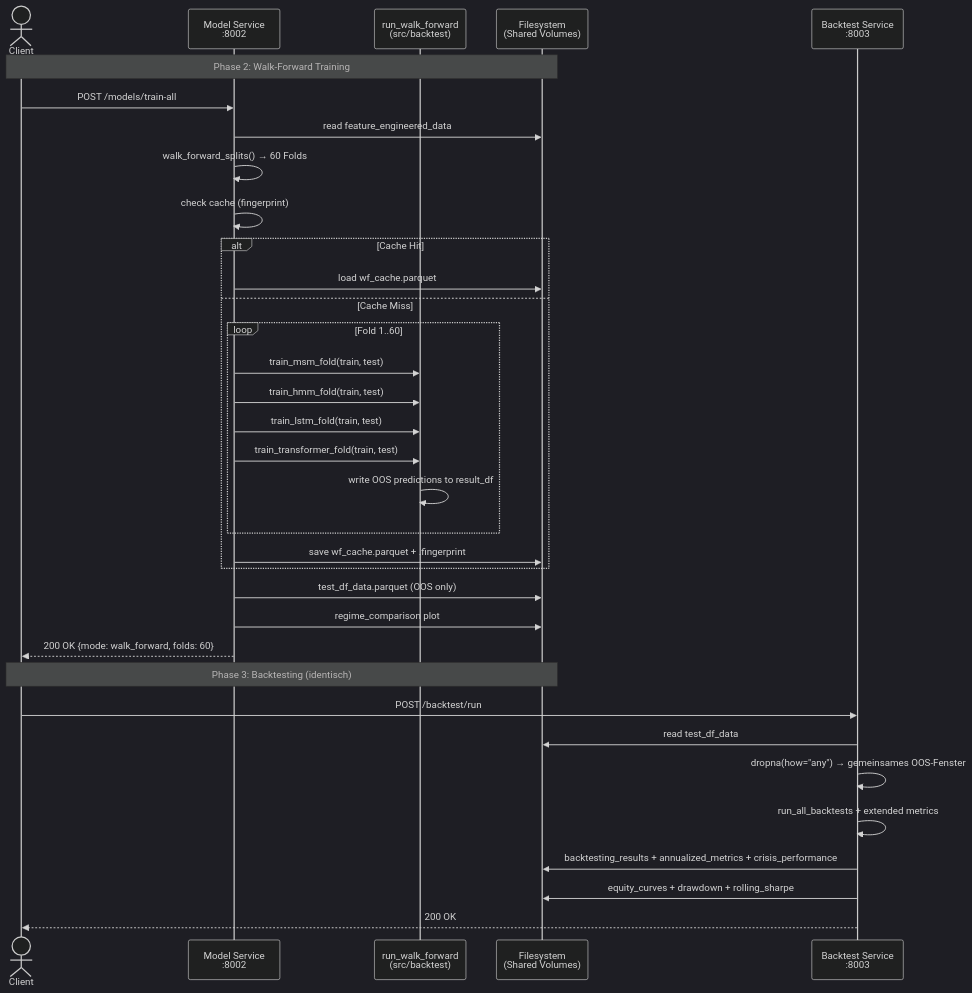
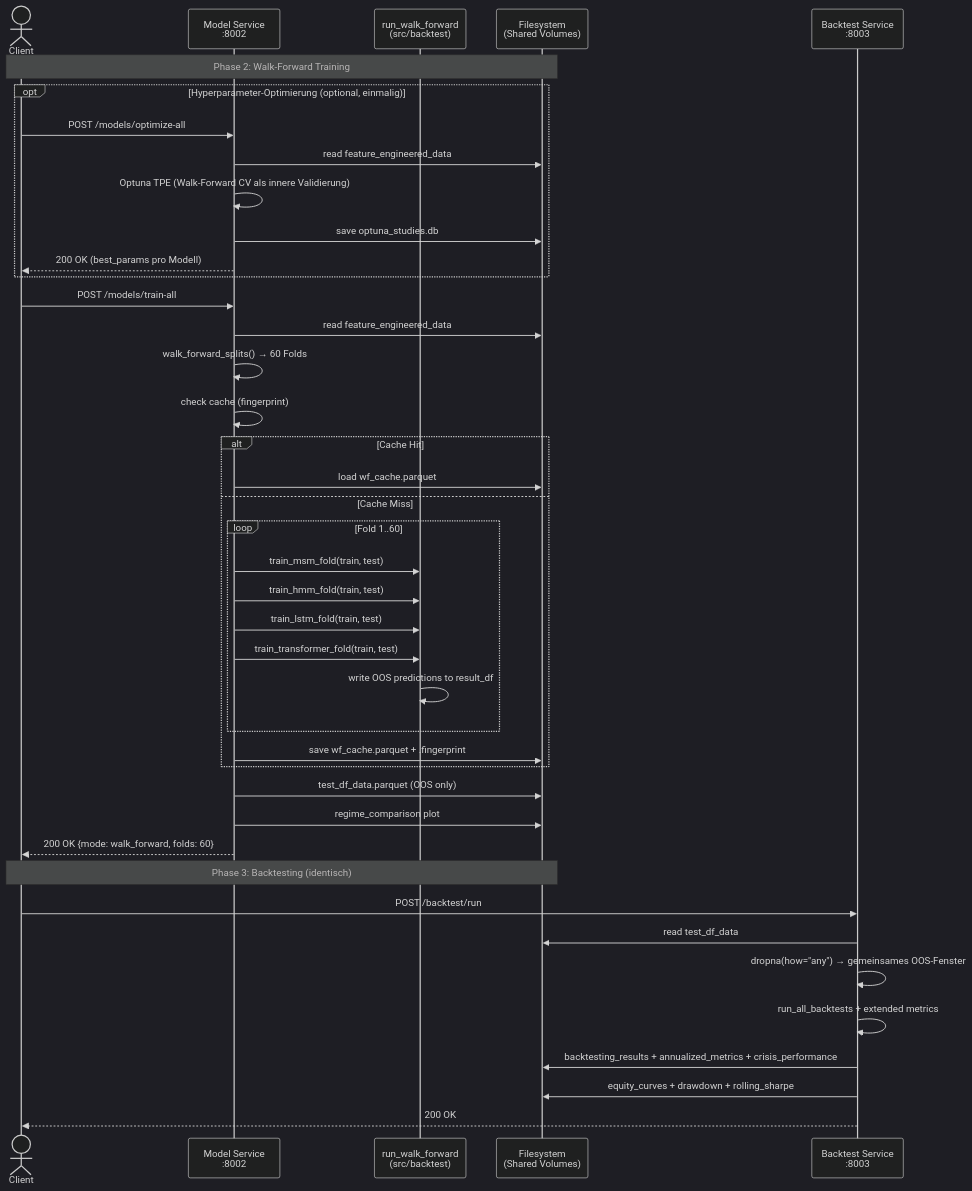
The second of 2 diagrams in docs/sequence-diagram.md (Torim98/regime-switching-daa-paper), drawn with Mermaid (dark theme) before and after one commit. The commit also changed 27 other files, not shown here.

````diff
--- a/docs/sequence-diagram.md
+++ b/docs/sequence-diagram.md
@@ -75,38 +75,45 @@
 ```mermaid
 sequenceDiagram
     actor Client
     participant MS as Model Service<br/>:8002
     participant WF as run_walk_forward<br/>(src/backtest)
     participant FS as Filesystem<br/>(Shared Volumes)
     participant BS as Backtest Service<br/>:8003
 
     Note over Client,FS: Phase 2: Walk-Forward Training
+	opt Hyperparameter-Optimierung (optional, einmalig)
+        Client->>MS: POST /models/optimize-all
+        MS->>FS: read feature_engineered_data
+        MS->>MS: Optuna TPE (Walk-Forward CV als innere Validierung)
+        MS->>FS: save optuna_studies.db
+        MS-->>Client: 200 OK (best_params pro Modell)
+    end
     Client->>MS: POST /models/train-all
     MS->>FS: read feature_engineered_data
     MS->>MS: walk_forward_splits() → 60 Folds
     MS->>MS: check cache (fingerprint)
     alt Cache Hit
         MS->>FS: load wf_cache.parquet
     else Cache Miss
         loop Fold 1..60
             MS->>WF: train_msm_fold(train, test)
             MS->>WF: train_hmm_fold(train, test)
             MS->>WF: train_lstm_fold(train, test)
             MS->>WF: train_transformer_fold(train, test)
             WF->>WF: write OOS predictions to result_df
         end
         MS->>FS: save wf_cache.parquet + .fingerprint
     end
     MS->>FS: test_df_data.parquet (OOS only)
     MS->>FS: regime_comparison plot
     MS-->>Client: 200 OK {mode: walk_forward, folds: 60}
 
     Note over Client,FS: Phase 3: Backtesting (identisch)
     Client->>BS: POST /backtest/run
     BS->>FS: read test_df_data
     BS->>BS: dropna(how="any") → gemeinsames OOS-Fenster
     BS->>BS: run_all_backtests + extended metrics
     BS->>FS: backtesting_results + annualized_metrics + crisis_performance
     BS->>FS: equity_curves + drawdown + rolling_sharpe
     BS-->>Client: 200 OK
 ```
````
